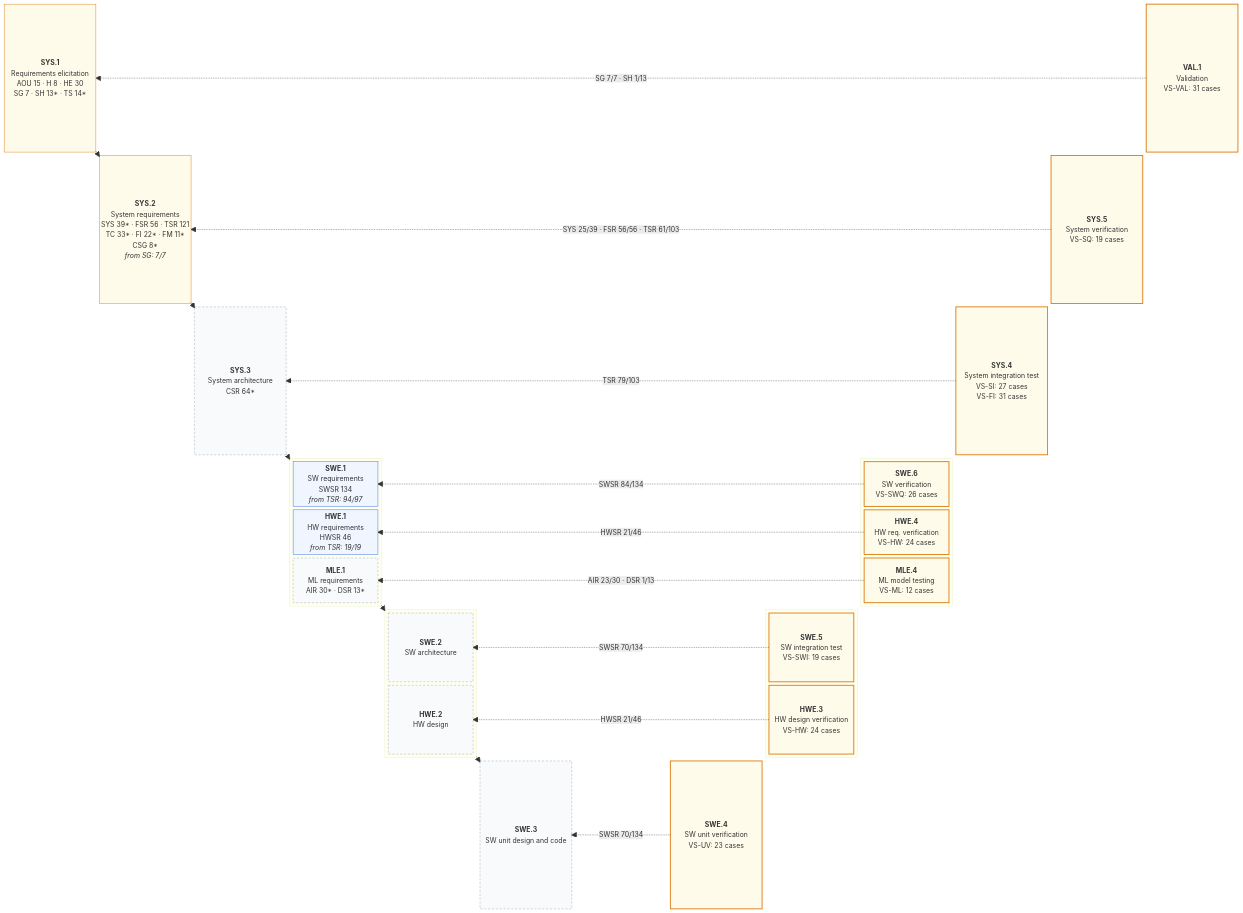
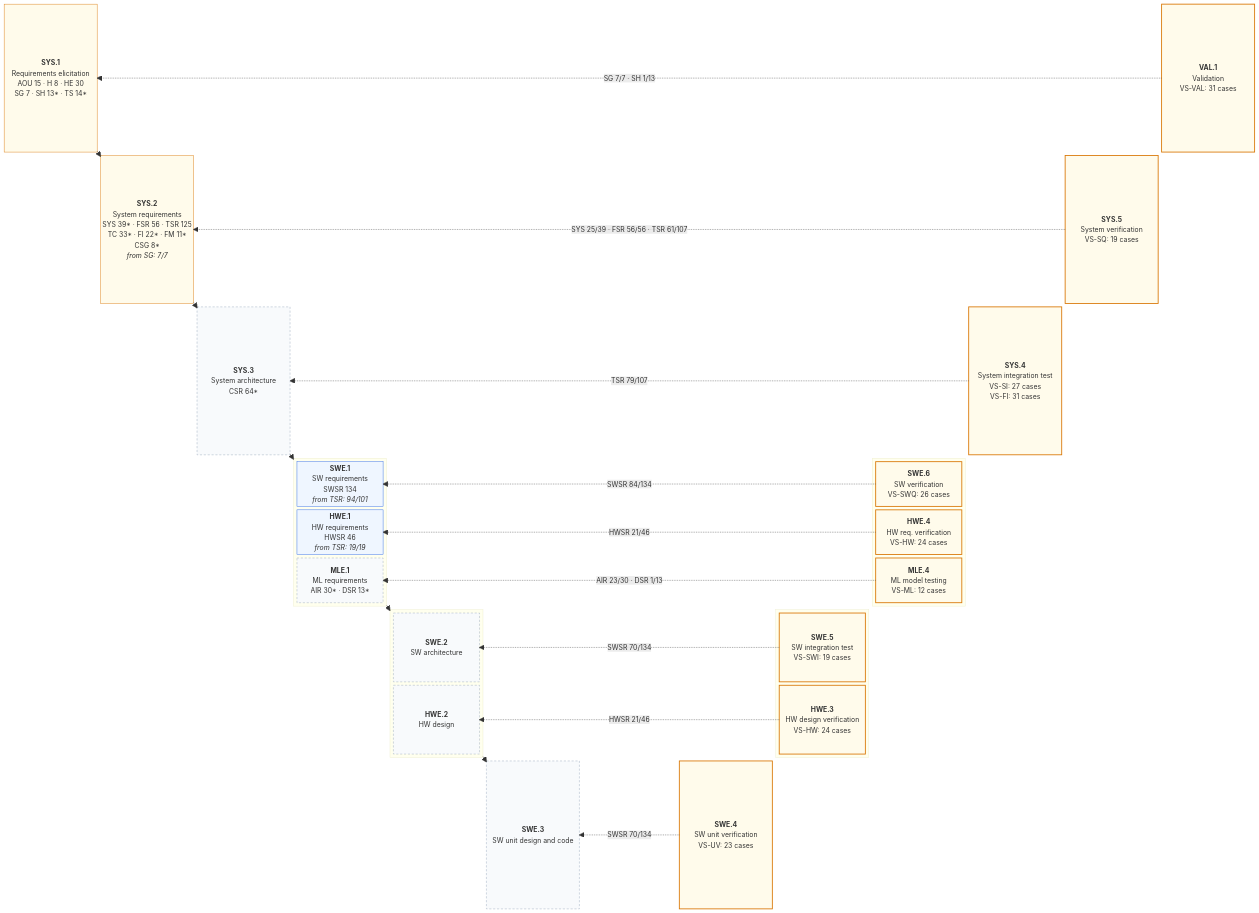
One commit to jherrodthomas/LionDriver changed the first of 2 diagrams in assurance/trace/maps/aspice-trace-map.md. Above: the diagram before and after it, drawn with Mermaid. The commit also changed other lines of this file and 30 other files, not shown here.

```diff
--- a/assurance/trace/maps/aspice-trace-map.md
+++ b/assurance/trace/maps/aspice-trace-map.md
@@ -36,7 +36,7 @@
   space
   VAL1["<b>VAL.1</b><br/>Validation<br/>VS-VAL: 31 cases"]
   space
-  SYS2["<b>SYS.2</b><br/>System requirements<br/>SYS 39* · FSR 56 · TSR 121<br/>TC 33* · FI 22* · FM 11*<br/>CSG 8*<br/><i>from SG: 7/7</i>"]
+  SYS2["<b>SYS.2</b><br/>System requirements<br/>SYS 39* · FSR 56 · TSR 125<br/>TC 33* · FI 22* · FM 11*<br/>CSG 8*<br/><i>from SG: 7/7</i>"]
   space
   space
   space
@@ -66,7 +66,7 @@
   space
   block:L3
     columns 1
-    SWE1["<b>SWE.1</b><br/>SW requirements<br/>SWSR 134<br/><i>from TSR: 94/97</i>"]
+    SWE1["<b>SWE.1</b><br/>SW requirements<br/>SWSR 134<br/><i>from TSR: 94/101</i>"]
     HWE1["<b>HWE.1</b><br/>HW requirements<br/>HWSR 46<br/><i>from TSR: 19/19</i>"]
     MLE1["<b>MLE.1</b><br/>ML requirements<br/>AIR 30* · DSR 13*"]
   end
@@ -124,8 +124,8 @@
   L3 --> L4
   L4 --> SWE3
   VAL1 -. "SG 7/7 · SH 1/13" .-> SYS1
-  SYS5 -. "SYS 25/39 · FSR 56/56 · TSR 61/103" .-> SYS2
-  SYS4 -. "TSR 79/103" .-> SYS3
+  SYS5 -. "SYS 25/39 · FSR 56/56 · TSR 61/107" .-> SYS2
+  SYS4 -. "TSR 79/107" .-> SYS3
   SWE6 -. "SWSR 84/134" .-> SWE1
   HWE4 -. "HWSR 21/46" .-> HWE1
   MLE4 -. "AIR 23/30 · DSR 1/13" .-> MLE1
```
